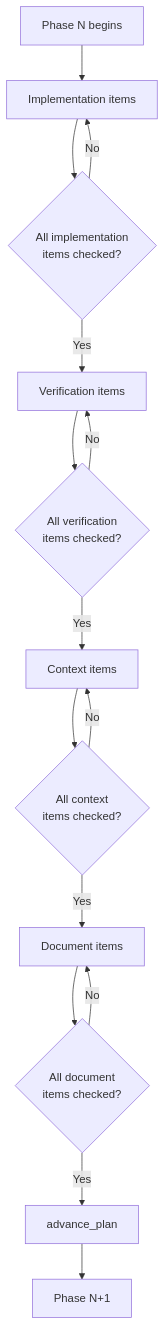
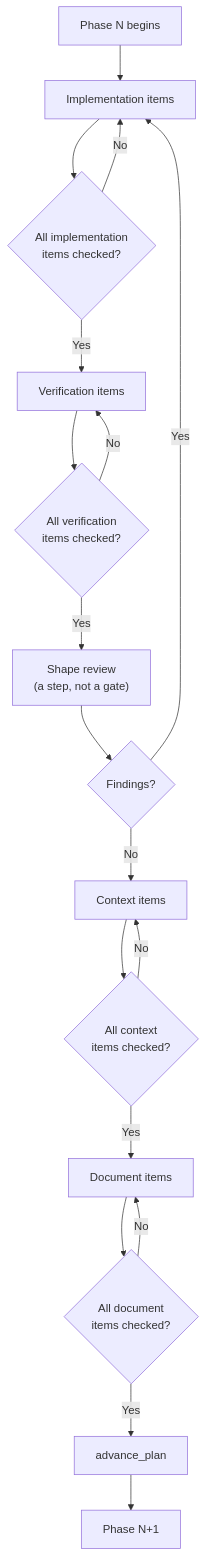
Before and after one commit to infinitedusky/indusk: the second of 2 diagrams in apps/docs/src/reference/skills/work.md, drawn with Mermaid. The commit also changed other lines of this file and 1 other file, not shown here.

First line of the commit message:
docs(lifecycle-rebalance): Shape in the /work reference — diagram, walkthrough, and why it is not a fifth gate

````diff
--- a/apps/docs/src/reference/skills/work.md
+++ b/apps/docs/src/reference/skills/work.md
@@ -57,17 +57,20 @@
 ```mermaid
 flowchart TD
     Start["Phase N begins"] --> Impl["Implementation items"]
     Impl --> ImplDone{"All implementation\nitems checked?"}
     ImplDone -->|No| Impl
     ImplDone -->|Yes| Verif["Verification items"]
     Verif --> VerifDone{"All verification\nitems checked?"}
     VerifDone -->|No| Verif
-    VerifDone -->|Yes| Ctx["Context items"]
+    VerifDone -->|Yes| Shape["Shape review<br/>(a step, not a gate)"]
+    Shape --> ShapeOut{"Findings?"}
+    ShapeOut -->|Yes| Impl
+    ShapeOut -->|No| Ctx["Context items"]
     Ctx --> CtxDone{"All context\nitems checked?"}
     CtxDone -->|No| Ctx
     CtxDone -->|Yes| Doc["Document items"]
     Doc --> DocDone{"All document\nitems checked?"}
     DocDone -->|No| Doc
     DocDone -->|Yes| Advance["advance_plan"]
     Advance --> NextPhase["Phase N+1"]
 ```
````
